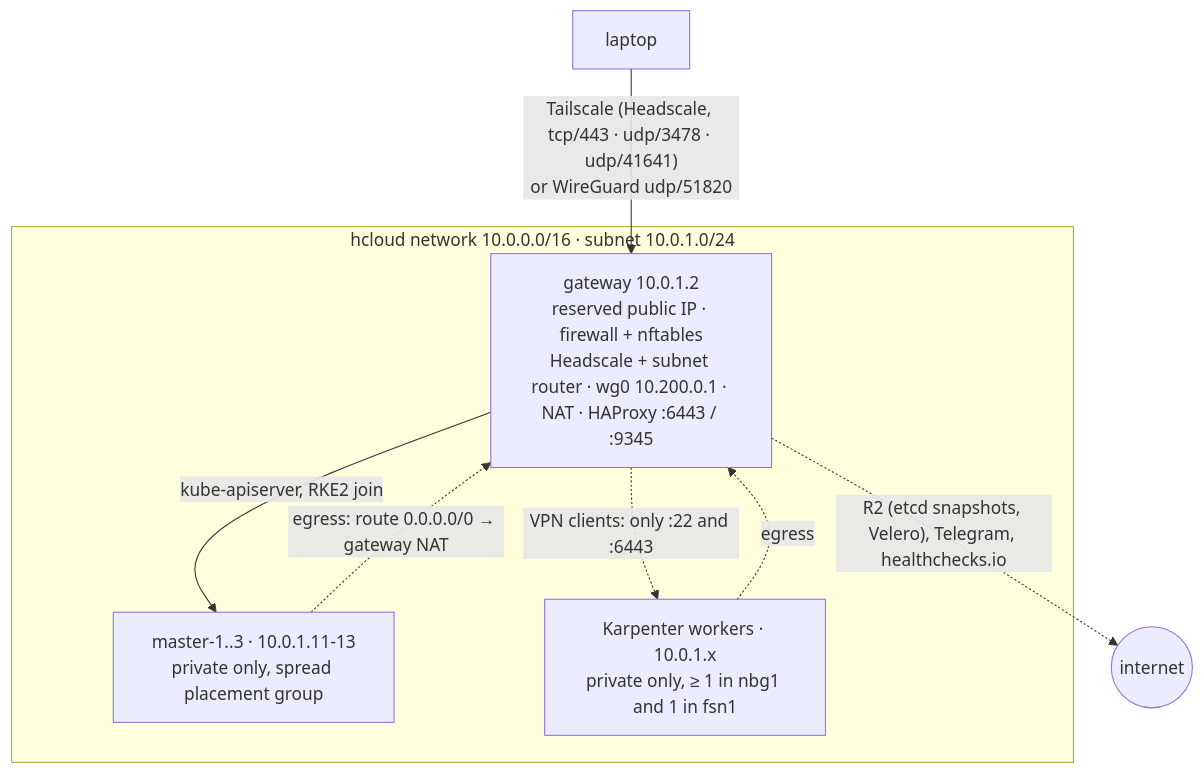
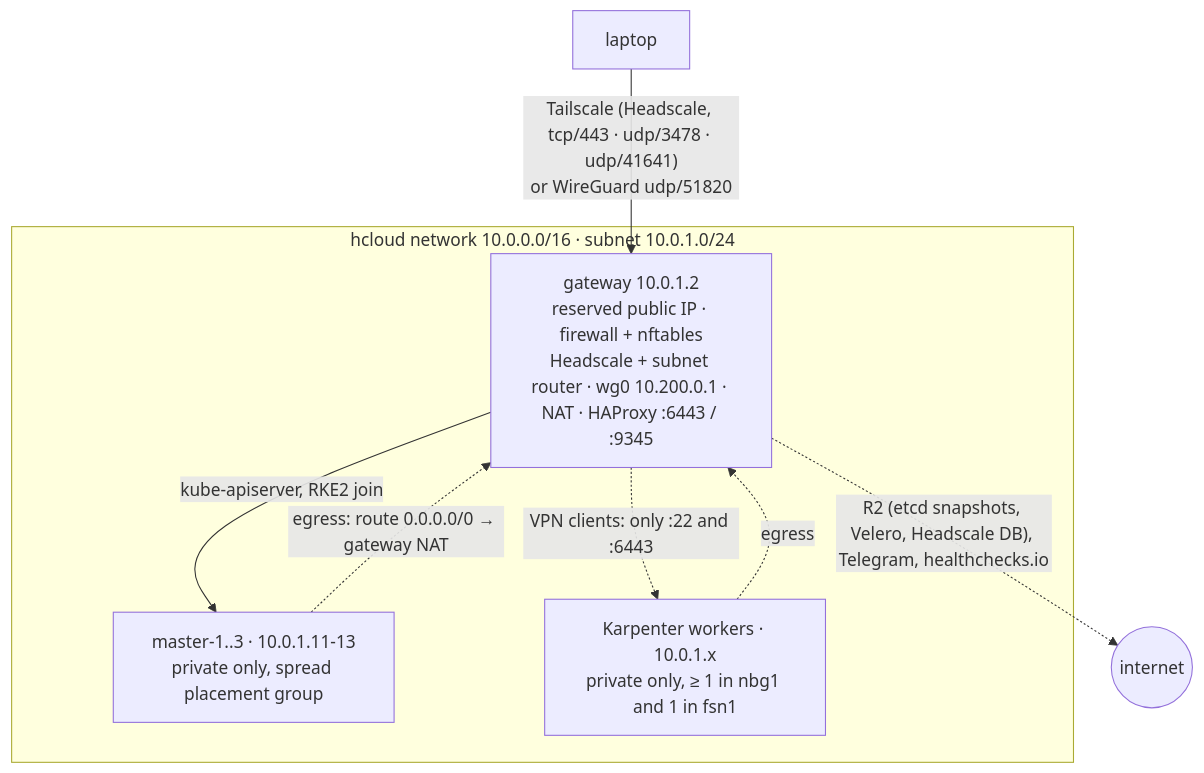
One commit to reginaldosousa/hetzner-rke2-terraform changed the diagram in README.md. Above: the diagram before and after it, drawn with Mermaid. The commit also changed other lines of this file and 5 other files, not shown here.

````diff
--- a/README.md
+++ b/README.md
@@ -23,14 +23,14 @@
 ```mermaid
 flowchart TB
     laptop["laptop"] -- "Tailscale (Headscale, tcp/443 · udp/3478 · udp/41641)<br/>or WireGuard udp/51820" --> gw
     subgraph net["hcloud network 10.0.0.0/16 · subnet 10.0.1.0/24"]
         gw["gateway 10.0.1.2<br/>reserved public IP · firewall + nftables<br/>Headscale + subnet router · wg0 10.200.0.1 · NAT · HAProxy :6443 / :9345"]
         masters["master-1..3 · 10.0.1.11-13<br/>private only, spread placement group"]
         workers["Karpenter workers · 10.0.1.x<br/>private only, ≥ 1 in nbg1 and 1 in fsn1"]
     end
     gw -- "kube-apiserver, RKE2 join" --> masters
     gw -. "VPN clients: only :22 and :6443" .-> workers
     masters -. "egress: route 0.0.0.0/0 → gateway NAT" .-> gw
     workers -. "egress" .-> gw
-    gw -. "R2 (etcd snapshots, Velero), Telegram, healthchecks.io" .-> ext(("internet"))
+    gw -. "R2 (etcd snapshots, Velero, Headscale DB), Telegram, healthchecks.io" .-> ext(("internet"))
 ```
````
